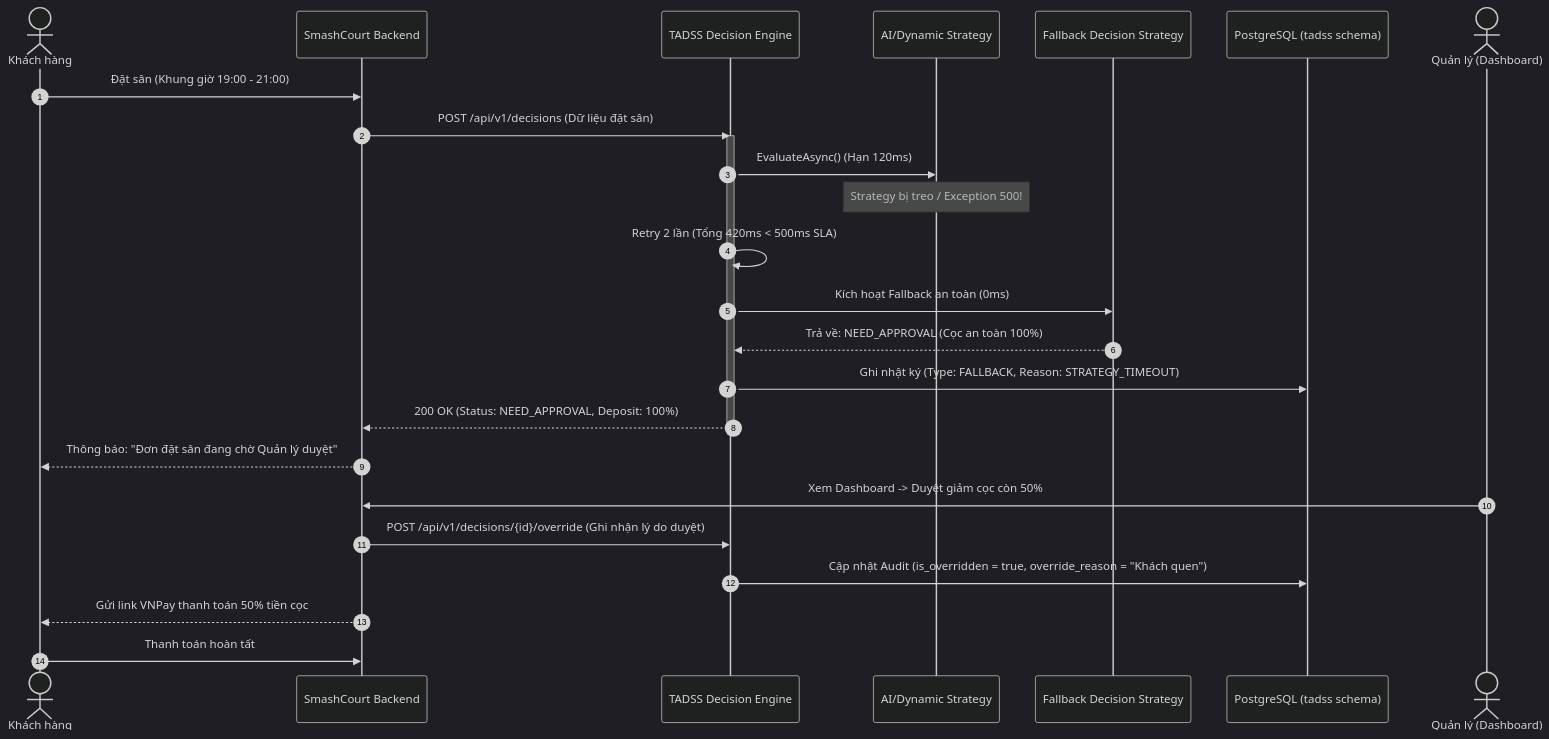
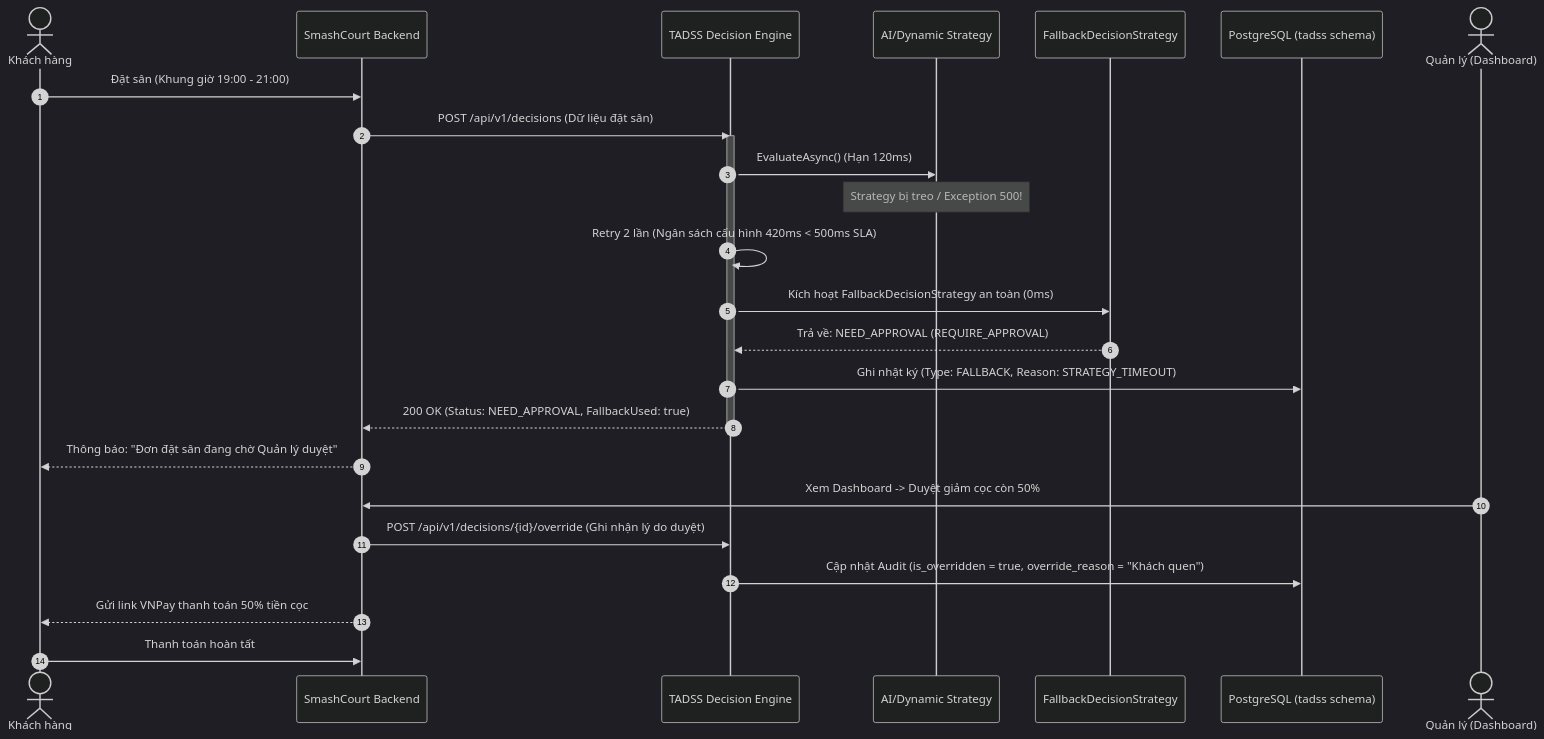
The fourth of 7 diagrams in docs/PROJECT_BLUEPRINT_AND_SYSTEM_OVERVIEW.md (NguyenThanhTrung-N2T/TrustworthyAdaptiveDecisionSupportSystem-TADSS), drawn with Mermaid (dark theme) before and after one commit. The commit also changed other lines of this file and 14 other files, not shown here.

````diff
--- a/docs/PROJECT_BLUEPRINT_AND_SYSTEM_OVERVIEW.md
+++ b/docs/PROJECT_BLUEPRINT_AND_SYSTEM_OVERVIEW.md
@@ -178,34 +178,34 @@
 ```mermaid
 sequenceDiagram
     autonumber
     actor User as Khách hàng
     participant SC as SmashCourt Backend
     participant TADSS as TADSS Decision Engine
     participant Strat as AI/Dynamic Strategy
-    participant Fallback as Fallback Decision Strategy
+    participant Fallback as FallbackDecisionStrategy
     participant DB as PostgreSQL (tadss schema)
     actor Manager as Quản lý (Dashboard)
 
     User->>SC: Đặt sân (Khung giờ 19:00 - 21:00)
     SC->>TADSS: POST /api/v1/decisions (Dữ liệu đặt sân)
     
     activate TADSS
     TADSS->>Strat: EvaluateAsync() (Hạn 120ms)
     Note over Strat: Strategy bị treo / Exception 500!
-    TADSS->>TADSS: Retry 2 lần (Tổng 420ms < 500ms SLA)
-    TADSS->>Fallback: Kích hoạt Fallback an toàn (0ms)
-    Fallback-->>TADSS: Trả về: NEED_APPROVAL (Cọc an toàn 100%)
+    TADSS->>TADSS: Retry 2 lần (Ngân sách cấu hình 420ms < 500ms SLA)
+    TADSS->>Fallback: Kích hoạt FallbackDecisionStrategy an toàn (0ms)
+    Fallback-->>TADSS: Trả về: NEED_APPROVAL (REQUIRE_APPROVAL)
     
     TADSS->>DB: Ghi nhật ký (Type: FALLBACK, Reason: STRATEGY_TIMEOUT)
-    TADSS-->>SC: 200 OK (Status: NEED_APPROVAL, Deposit: 100%)
+    TADSS-->>SC: 200 OK (Status: NEED_APPROVAL, FallbackUsed: true)
     deactivate TADSS
     
     SC-->>User: Thông báo: "Đơn đặt sân đang chờ Quản lý duyệt"
     
     Manager->>SC: Xem Dashboard -> Duyệt giảm cọc còn 50%
     SC->>TADSS: POST /api/v1/decisions/{id}/override (Ghi nhận lý do duyệt)
     TADSS->>DB: Cập nhật Audit (is_overridden = true, override_reason = "Khách quen")
     
     SC-->>User: Gửi link VNPay thanh toán 50% tiền cọc
     User->>SC: Thanh toán hoàn tất
 ```
````
